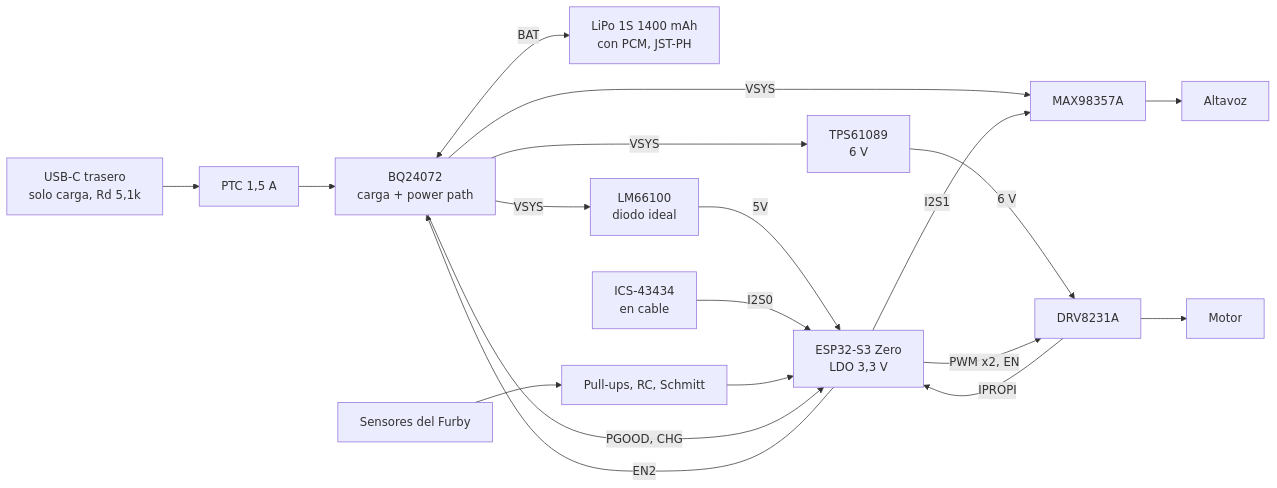
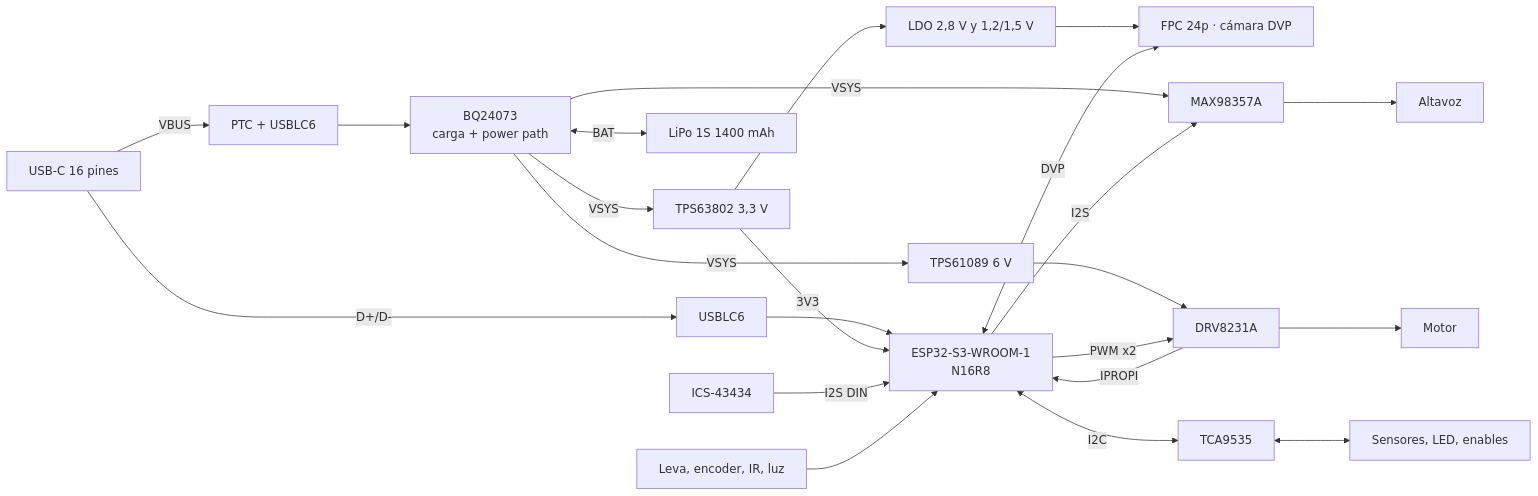
Before and after one commit to Guilleloma/Furby-GPT: the diagram in Hardware/PCB-suelo/ARQUITECTURA.md, drawn with Mermaid. The commit also changed other lines of this file, not shown here.

First line of the commit message:
Docs: ARQUITECTURA.md de la FurbyBoard v1.0 sobre ESP32-S3-WROOM-1-N16R8

````diff
--- a/Hardware/PCB-suelo/ARQUITECTURA.md
+++ b/Hardware/PCB-suelo/ARQUITECTURA.md
@@ -31,15 +47,17 @@
 ```mermaid
 flowchart LR
-    USB[USB-C trasero<br/>solo carga, Rd 5,1k] --> PTC[PTC 1,5 A] --> BQ[BQ24072<br/>carga + power path]
-    BQ <-->|BAT| BAT[LiPo 1S 1400 mAh<br/>con PCM, JST-PH]
-    BQ -->|VSYS| LM[LM66100<br/>diodo ideal] -->|5V| ZERO[ESP32-S3 Zero<br/>LDO 3,3 V]
-    BQ -->|VSYS| BOOST[TPS61089<br/>6 V] -->|6 V| DRV[DRV8231A] --> MOT[Motor]
+    USB[USB-C 16 pines] -->|VBUS| PTC[PTC + USBLC6] --> BQ[BQ24073<br/>carga + power path]
+    USB -->|D+/D-| ESD[USBLC6] --> MCU[ESP32-S3-WROOM-1<br/>N16R8]
+    BQ <-->|BAT| BAT[LiPo 1S 1400 mAh]
+    BQ -->|VSYS| BB[TPS63802 3,3 V] -->|3V3| MCU
+    BB --> LDO[LDO 2,8 V y 1,2/1,5 V] --> CAM[FPC 24p · cámara DVP]
+    MCU <-->|DVP| CAM
+    BQ -->|VSYS| BOOST[TPS61089 6 V] --> DRV[DRV8231A] --> MOT[Motor]
     BQ -->|VSYS| AMP[MAX98357A] --> SPK[Altavoz]
-    MIC[ICS-43434<br/>en cable] -->|I2S0| ZERO
-    ZERO -->|I2S1| AMP
-    ZERO -->|PWM x2, EN| DRV
-    DRV -->|IPROPI| ZERO
-    SENS[Sensores del Furby] --> ACOND[Pull-ups, RC, Schmitt] --> ZERO
-    BQ -->|PGOOD, CHG| ZERO
-    ZERO -->|EN2| BQ
+    MIC[ICS-43434] -->|I2S DIN| MCU
+    MCU -->|I2S| AMP
+    MCU -->|PWM x2| DRV
+    DRV -->|IPROPI| MCU
+    MCU <-->|I2C| EXP[TCA9535] <--> IO[Sensores, LED, enables]
+    SENS[Leva, encoder, IR, luz] --> MCU
 ```
````
